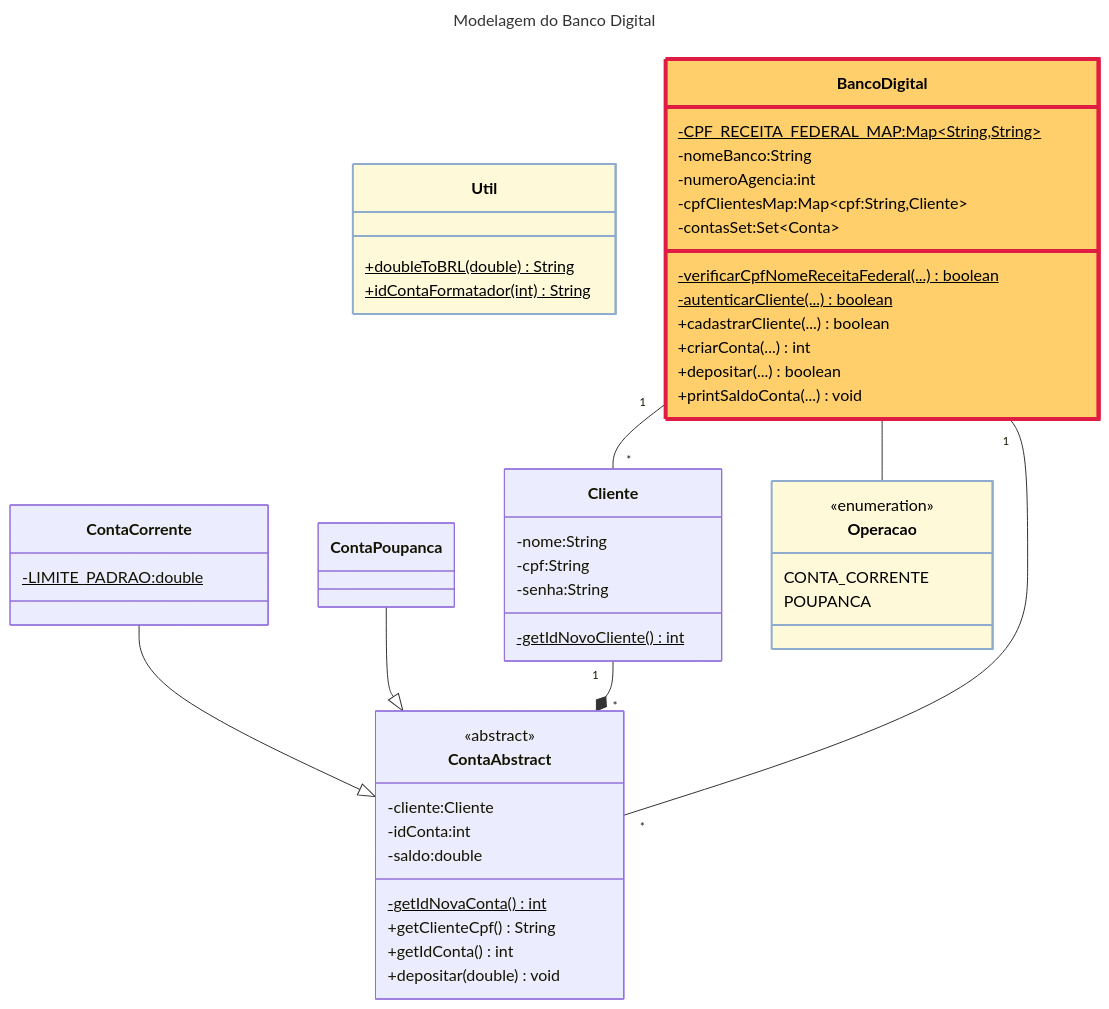
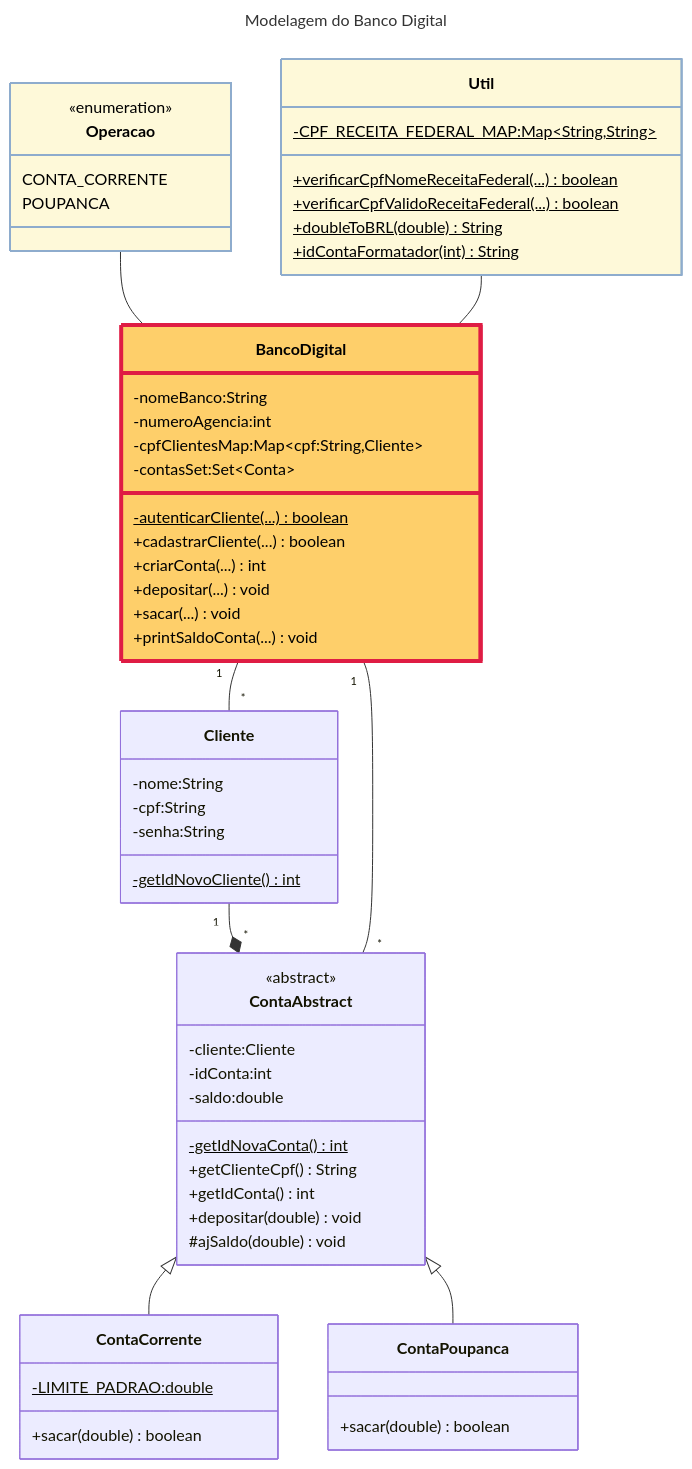
Before and after one commit to marcobz-bzz/dio-trilha-java-basico: the diagram in desafios/BancoDigital/README.md, drawn with Mermaid. The commit also changed other lines of this file and 7 other files, not shown here.

Commit message:
concluido banco digital

````diff
--- a/desafios/BancoDigital/README.md
+++ b/desafios/BancoDigital/README.md
@@ -19,65 +19,72 @@
 ```mermaid
 ---
 title: Modelagem do Banco Digital
 ---
 classDiagram
 
 class Util {
+    -CPF_RECEITA_FEDERAL_MAP:Map~String,String~ $
+    +verificarCpfNomeReceitaFederal(...)$ boolean
+    +verificarCpfValidoReceitaFederal(...)$ boolean
     +doubleToBRL(double)$ String
     +idContaFormatador(int)$ String
 }
 
 class ContaAbstract {
     <<abstract>>
     -cliente:Cliente
     -idConta:int
     -saldo:double
     -getIdNovaConta()$ int
     +getClienteCpf() String
     +getIdConta() int
     +depositar(double) void
+    #ajSaldo(double) void
 }
 
 class ContaCorrente{
     -LIMITE_PADRAO:double $
+    +sacar(double) boolean
 }
-ContaCorrente --|> ContaAbstract
+ContaAbstract <|-- ContaCorrente
 
-class ContaPoupanca
-ContaPoupanca --|> ContaAbstract
+class ContaPoupanca{
+    +sacar(double) boolean
+}
+ContaAbstract <|-- ContaPoupanca
 
 class Cliente {
     -nome:String
     -cpf:String
     -senha:String
     -getIdNovoCliente()$ int
 }
 Cliente "1" --* "*" ContaAbstract
 
 class Operacao {
     <<enumeration>>
     CONTA_CORRENTE
     POUPANCA
 }
-BancoDigital -- Operacao
+Operacao -- BancoDigital
 
 class BancoDigital{
-    -CPF_RECEITA_FEDERAL_MAP:Map~String,String~ $
     -nomeBanco:String
     -numeroAgencia:int
     -cpfClientesMap:Map~cpf:String,Cliente~
     -contasSet:Set~Conta~
-    -verificarCpfNomeReceitaFederal(...)$ boolean
     -autenticarCliente(...)$ boolean
     +cadastrarCliente(...) boolean
     +criarConta(...) int
-    +depositar(...) boolean
+    +depositar(...) void
+    +sacar(...) void
     +printSaldoConta(...) void
 }
 BancoDigital "1" -- "*" Cliente
 BancoDigital "1" -- "*" ContaAbstract
+Util -- BancoDigital
 
 style BancoDigital fill:#FECF6A,stroke:#DF1C44,stroke-width:4px,color:black
 style Operacao fill:#FEF9D9,stroke:#8EACCD,stroke-width:2px,color:black
 style Util fill:#FEF9D9,stroke:#8EACCD,stroke-width:2px,color:black
 ```
````
